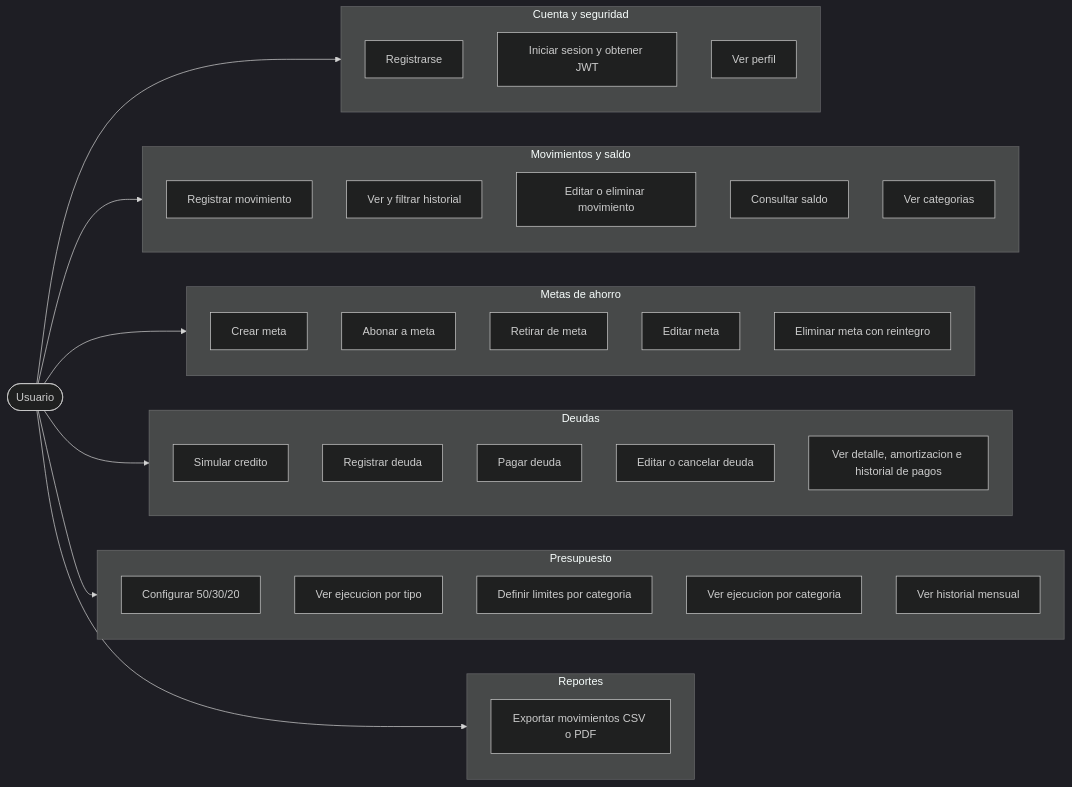
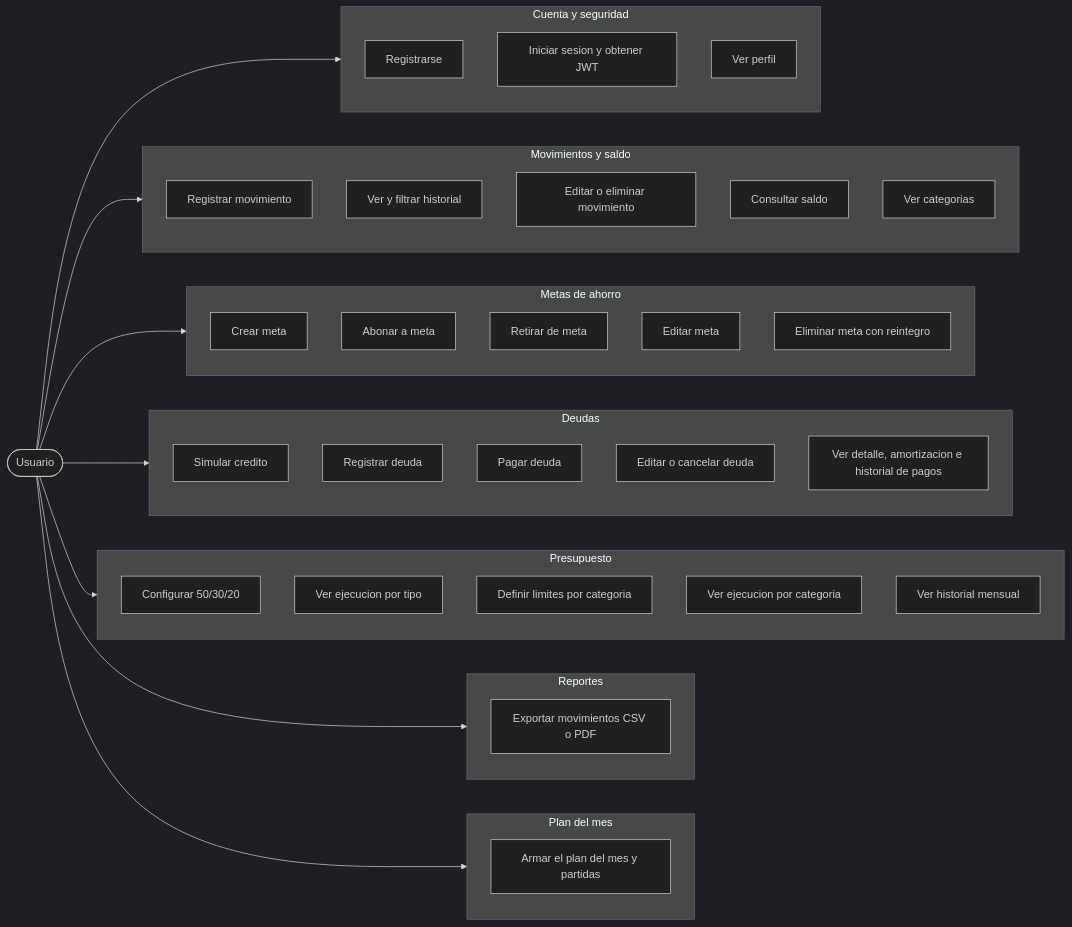
The diagram in docs/diagramas/15-casos-de-uso.md (ItsMilkey/LITE), drawn with Mermaid (dark theme) before and after one commit. The commit also changed other lines of this file and 59 other files, not shown here.

Commit message:
feat(t10c): plan del mes con partidas, imputacion y copia entre meses

````diff
--- a/docs/diagramas/15-casos-de-uso.md
+++ b/docs/diagramas/15-casos-de-uso.md
@@ -15,53 +15,58 @@
 ```mermaid
 flowchart LR
     U(["Usuario"])
 
     subgraph cuenta["Cuenta y seguridad"]
         UC1["Registrarse"]
         UC2["Iniciar sesion y obtener JWT"]
         UC3["Ver perfil"]
     end
 
     subgraph mov["Movimientos y saldo"]
         UC4["Registrar movimiento"]
         UC5["Ver y filtrar historial"]
         UC6["Editar o eliminar movimiento"]
         UC7["Consultar saldo"]
         UC8["Ver categorias"]
     end
 
     subgraph metas["Metas de ahorro"]
         UC9["Crear meta"]
         UC10["Abonar a meta"]
         UC11["Retirar de meta"]
         UC12["Editar meta"]
         UC13["Eliminar meta con reintegro"]
     end
 
     subgraph deudas["Deudas"]
         UC14["Simular credito"]
         UC15["Registrar deuda"]
         UC16["Pagar deuda"]
         UC17["Editar o cancelar deuda"]
         UC18["Ver detalle, amortizacion e historial de pagos"]
     end
 
     subgraph presu["Presupuesto"]
         UC19["Configurar 50/30/20"]
         UC20["Ver ejecucion por tipo"]
         UC21["Definir limites por categoria"]
         UC22["Ver ejecucion por categoria"]
         UC23["Ver historial mensual"]
     end
 
     subgraph rep["Reportes"]
         UC24["Exportar movimientos CSV o PDF"]
     end
 
+    subgraph plan["Plan del mes"]
+        UC25["Armar el plan del mes y partidas"]
+    end
+
     U --> cuenta
     U --> mov
     U --> metas
     U --> deudas
     U --> presu
     U --> rep
+    U --> plan
 ```
````
